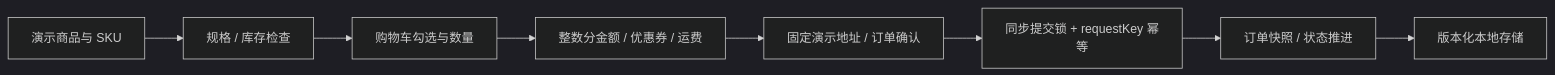
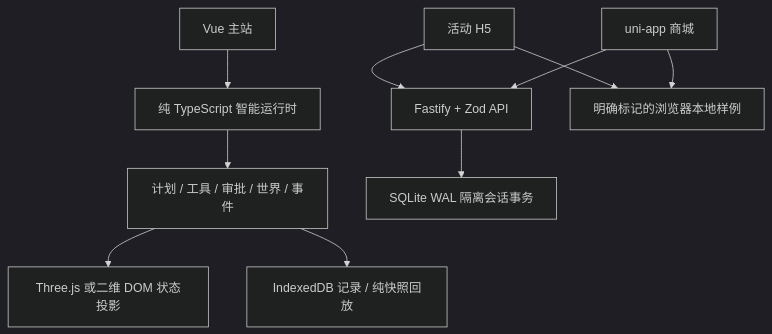
The diagram in ARCHITECTURE.md (Callmecx/chenxi-devlab-2026), drawn with Mermaid (dark theme) before and after one commit. The commit also changed other lines of this file and 174 other files, not shown here.

````diff
--- a/ARCHITECTURE.md
+++ b/ARCHITECTURE.md
@@ -43,10 +5,12 @@
 ```mermaid
-flowchart LR
-  Catalog[演示商品与 SKU] --> Detail[规格 / 库存检查]
-  Detail --> Cart[购物车勾选与数量]
-  Cart --> Totals[整数分金额 / 优惠券 / 运费]
-  Totals --> Confirm[固定演示地址 / 订单确认]
-  Confirm --> Submit[同步提交锁 + requestKey 幂等]
-  Submit --> Orders[订单快照 / 状态推进]
-  Orders --> Storage[版本化本地存储]
+flowchart TD
+  P[Vue 主站] --> R[纯 TypeScript 智能运行时]
+  R --> E[计划 / 工具 / 审批 / 世界 / 事件]
+  E --> V[Three.js 或二维 DOM 状态投影]
+  E --> S[IndexedDB 记录 / 纯快照回放]
+  H[活动 H5] --> A[Fastify + Zod API]
+  U[uni-app 商城] --> A
+  A --> D[SQLite WAL 隔离会话事务]
+  H --> L[明确标记的浏览器本地样例]
+  U --> L
 ```
````
